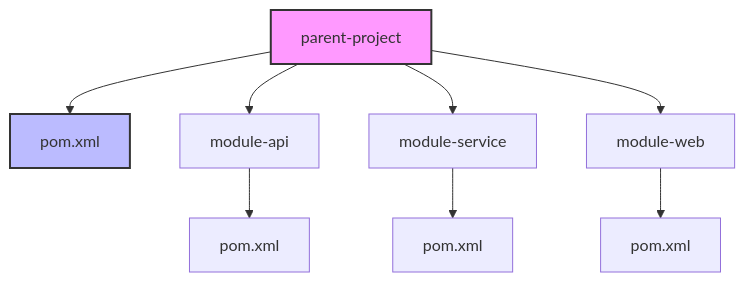
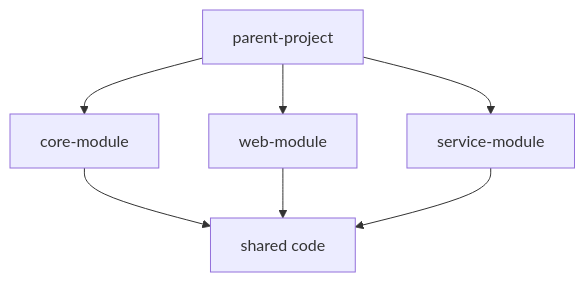
One commit to wahidyankf/oss changed the third of 3 diagrams in apps-standalone/ayokoding-web/content/en/learn/crash-courses/swe/lang/java/maven.md. Above: the diagram before and after it, drawn with Mermaid. The commit also changed other lines of this file and 40 other files, not shown here.

````diff
--- a/apps-standalone/ayokoding-web/content/en/learn/crash-courses/swe/lang/java/maven.md
+++ b/apps-standalone/ayokoding-web/content/en/learn/crash-courses/swe/lang/java/maven.md
@@ -253,13 +293,9 @@
 ```mermaid
 graph TD
-    A[parent-project] --> B[pom.xml]
-    A --> C[module-api]
-    A --> D[module-service]
-    A --> E[module-web]
-    C --> F[pom.xml]
-    D --> G[pom.xml]
-    E --> H[pom.xml]
-
-    style A fill:#f9f,stroke:#333,stroke-width:2px
-    style B fill:#bbf,stroke:#333,stroke-width:2px
+    A[parent-project] --> B[core-module]
+    A --> C[web-module]
+    A --> D[service-module]
+    B --> E[shared code]
+    C --> E
+    D --> E
 ```
````
